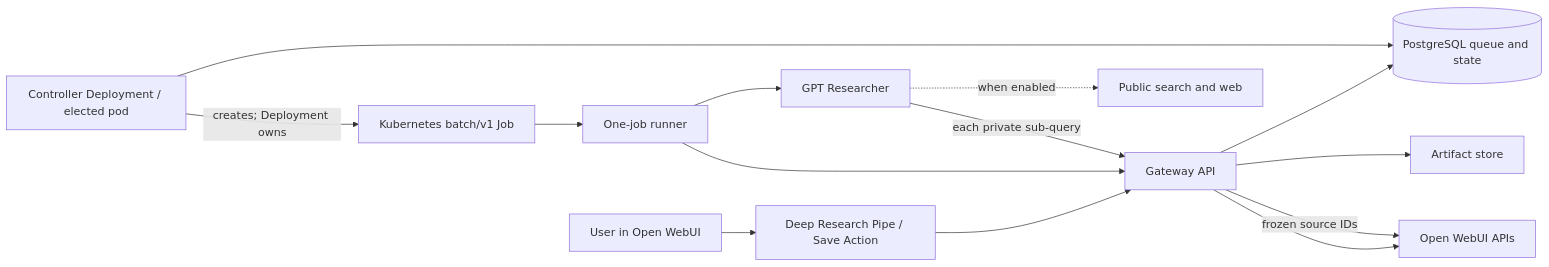
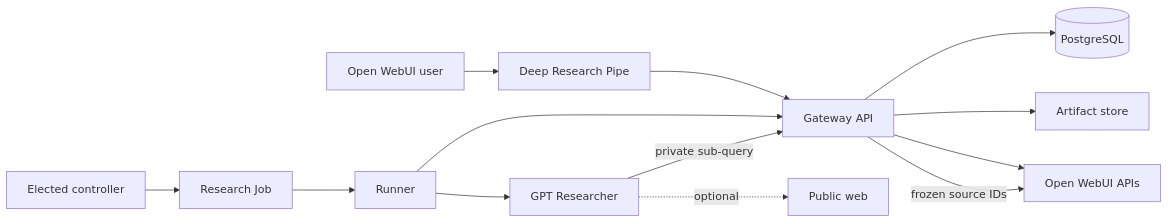
The diagram in README.md (YevheniiSemendiak/open-webui-gpt-researcher), drawn with Mermaid before and after one commit. The commit also changed other lines of this file and 22 other files, not shown here.

````diff
--- a/README.md
+++ b/README.md
@@ -42,16 +29,15 @@
 ```mermaid
 flowchart LR
-  U["User in Open WebUI"] --> F["Deep Research Pipe / Save Action"]
+  U["Open WebUI user"] --> F["Deep Research Pipe"]
   F --> A["Gateway API"]
-  A --> P[("PostgreSQL queue and state")]
+  A --> P[("PostgreSQL")]
   A --> S["Artifact store"]
   A --> O["Open WebUI APIs"]
-  C["Controller Deployment / elected pod"] --> P
-  C -->|"creates; Deployment owns"| K["Kubernetes batch/v1 Job"]
-  K --> R["One-job runner"]
+  C["Elected controller"] --> K["Research Job"]
+  K --> R["Runner"]
   R --> A
   R --> G["GPT Researcher"]
-  G -. "when enabled" .-> W["Public search and web"]
-  G -->|"each private sub-query"| A
+  G -. "optional" .-> W["Public web"]
+  G -->|"private sub-query"| A
   A -->|"frozen source IDs"| O
 ```
````
